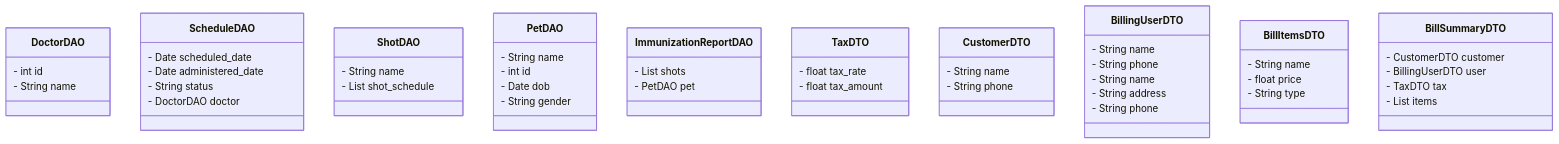
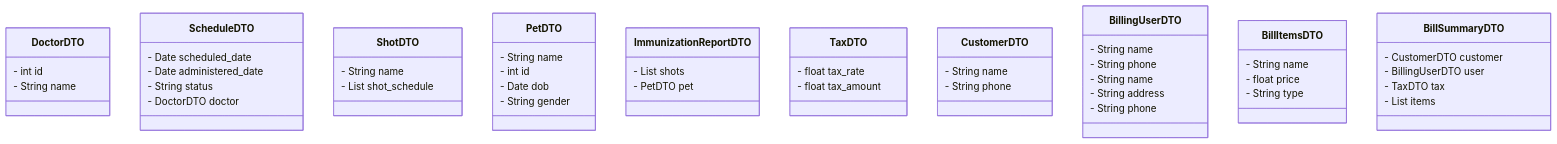
One commit to glanzz/ImmunET changed the third of 3 diagrams in README.md. Above: the diagram before and after it, drawn with Mermaid. The commit also changed other lines of this file, not shown here.

Commit message:
Rename DAO to DTO

````diff
--- a/README.md
+++ b/README.md
@@ -243,56 +243,56 @@
 ```mermaid
   classDiagram
-  class DoctorDAO {
+  class DoctorDTO {
       - int id 
       - String name
     }
-    class ScheduleDAO {
+    class ScheduleDTO {
       - Date scheduled_date
       - Date administered_date
       - String status 
-      - DoctorDAO doctor 
+      - DoctorDTO doctor 
     }
-    class ShotDAO {
+    class ShotDTO {
       - String name
-      - List<ScheduleDAO> shot_schedule
+      - List<ScheduleDTO> shot_schedule
     }
 
-    class PetDAO {
+    class PetDTO {
       - String name
       - int id
       - Date dob
       - String gender
     }
-    class ImmunizationReportDAO {
-      - List<ShotDAO> shots
-      - PetDAO pet
+    class ImmunizationReportDTO {
+      - List<ShotDTO> shots
+      - PetDTO pet
     }
     class TaxDTO {
       - float tax_rate
       - float tax_amount
     }
     class CustomerDTO {
       - String name
       - String phone
     }
     class BillingUserDTO {
       - String name
       - String phone
     }
     class BillingUserDTO {
       - String name
       - String address
       - String phone
     }
     class BillItemsDTO {
       - String name
       - float price
       - String type
     }
     class BillSummaryDTO {
       - CustomerDTO customer
       - BillingUserDTO user
       - TaxDTO tax
       - List<BillItemsDTO> items
     }
 ```
````
